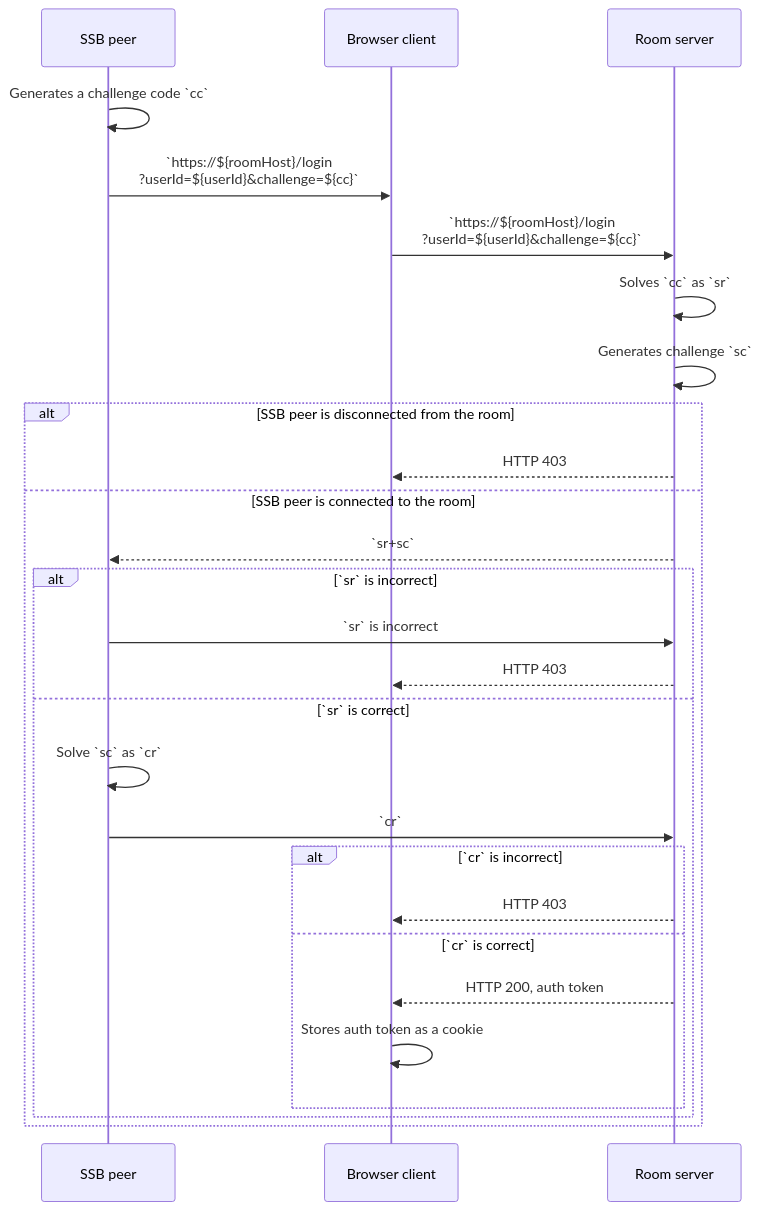
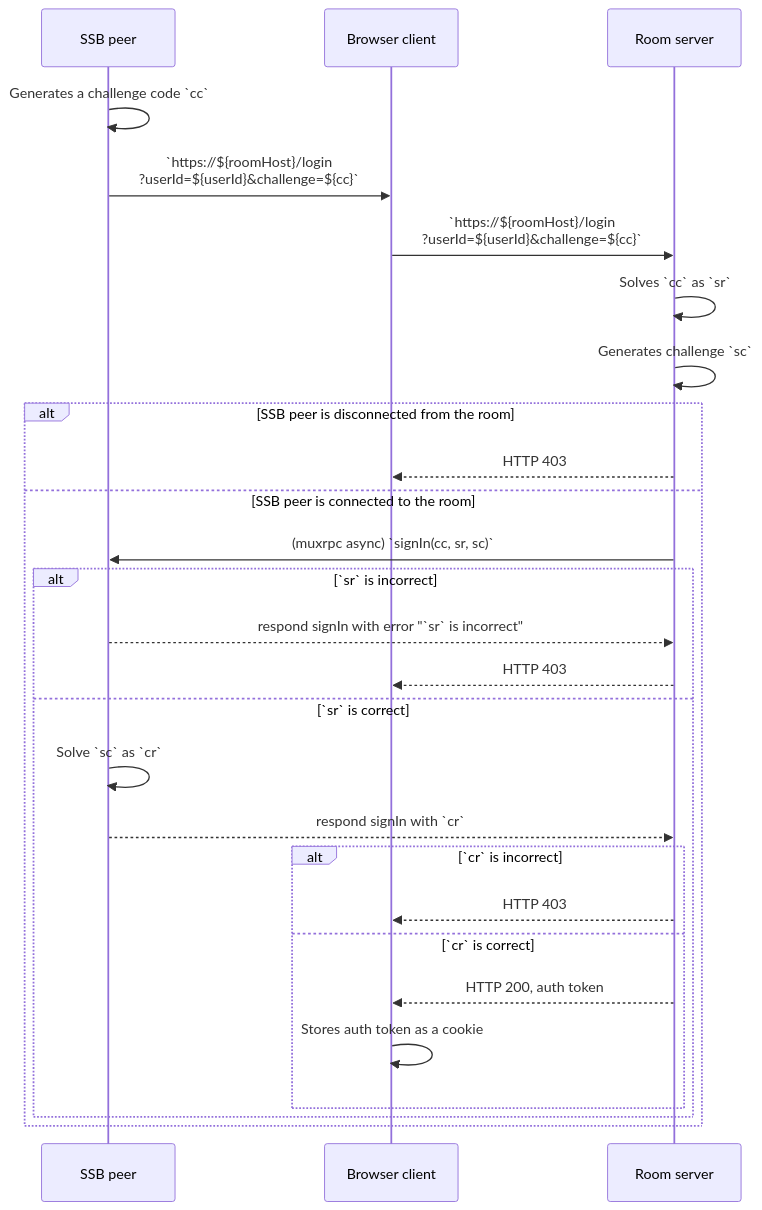
One commit to ssbc/rooms2 changed the diagram in docs/Setup/Sign-in with SSB.md. Above: the diagram before and after it, drawn with Mermaid.

Commit message:
tweak signin with SSB UML diagram

````diff
--- a/docs/Setup/Sign-in with SSB.md
+++ b/docs/Setup/Sign-in with SSB.md
@@ -9,32 +9,31 @@
 ```mermaid
 sequenceDiagram
     participant Umux as SSB peer
     participant Uweb as Browser client
   participant R as Room server
 
   Umux->>Umux: Generates a challenge code `cc`
   Umux->>Uweb: `https://${roomHost}/login<br/>?userId=${userId}&challenge=${cc}`
   Uweb->>R: `https://${roomHost}/login<br/>?userId=${userId}&challenge=${cc}`
   R->>R: Solves `cc` as `sr`
   R->>R: Generates challenge `sc`
 
   alt SSB peer is disconnected from the room
         R-->>Uweb: HTTP 403
   else SSB peer is connected to the room
-        R-->>Umux: `sr+sc`
+        R->>Umux: (muxrpc async) `signIn(cc, sr, sc)`
       alt `sr` is incorrect
-        Umux->>R: `sr` is incorrect
+        Umux-->>R: respond signIn with error "`sr` is incorrect"
         R-->>Uweb: HTTP 403
       else `sr` is correct
         Umux->>Umux: Solve `sc` as `cr`
-      Umux->>R: `cr`
+      Umux-->>R: respond signIn with `cr`
       alt `cr` is incorrect
         R-->>Uweb: HTTP 403
       else `cr` is correct
         R-->>Uweb: HTTP 200, auth token
         Uweb->>Uweb: Stores auth token as a cookie
       end
        end
   end
-
 ```
````
